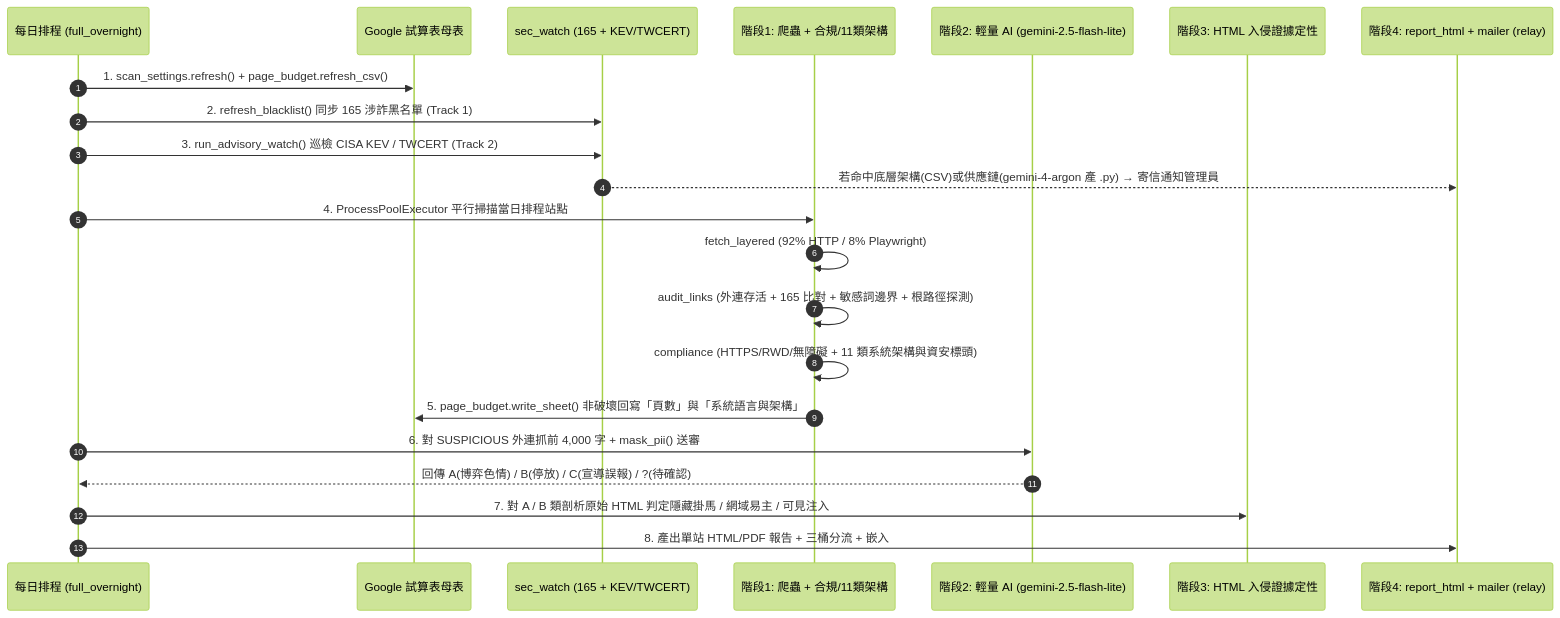
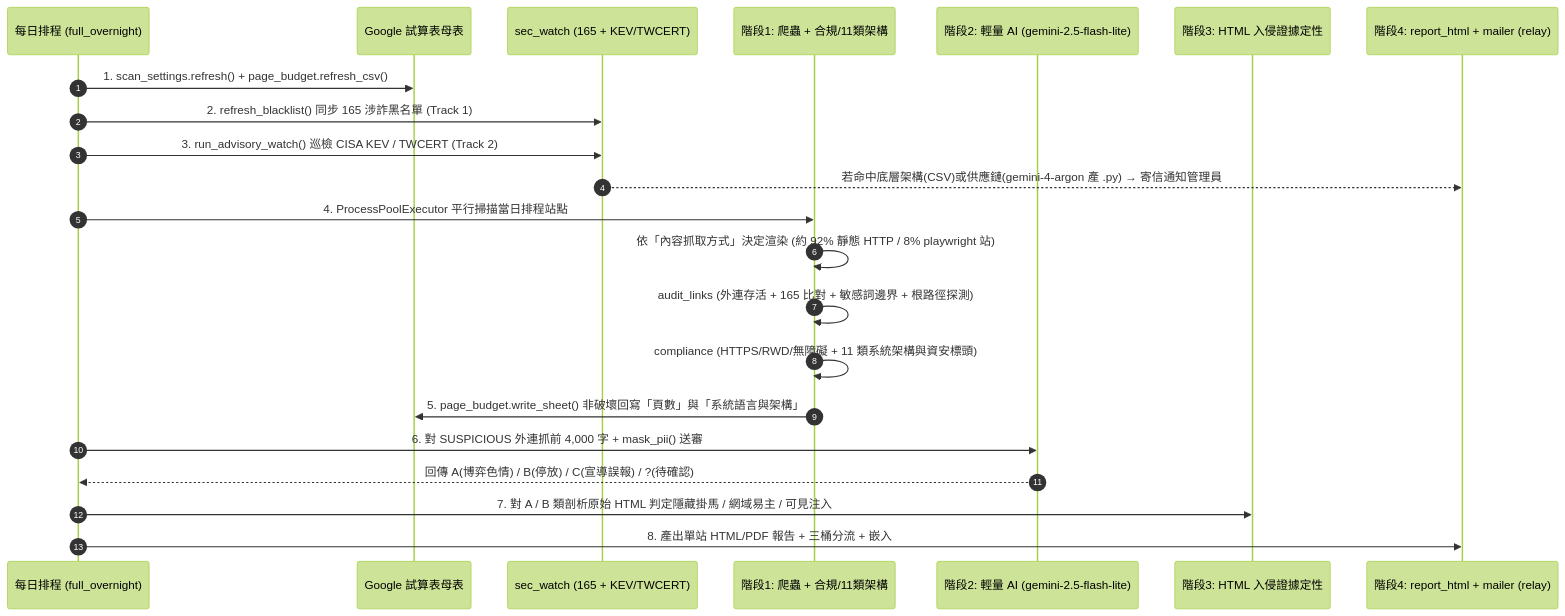
One commit to acebd12345/websitecheck changed the second of 2 diagrams in docs/ARCHITECTURE.md. Above: the diagram before and after it, drawn with Mermaid (forest theme). The commit also changed other lines of this file and 1 other file, not shown here.

Commit message:
docs: correct architecture diagram - rendering decided by sheet fetch method, deep_check only for compliance sites

````diff
--- a/docs/ARCHITECTURE.md
+++ b/docs/ARCHITECTURE.md
@@ -172,27 +170,27 @@
 ```mermaid
 sequenceDiagram
     autonumber
     participant Cron as 每日排程 (full_overnight)
     participant Sheet as Google 試算表母表
     participant SW as sec_watch (165 + KEV/TWCERT)
     participant S1 as 階段1: 爬蟲 + 合規/11類架構
     participant AI_Lite as 階段2: 輕量 AI (gemini-2.5-flash-lite)
     participant S3 as 階段3: HTML 入侵證據定性
     participant Mail as 階段4: report_html + mailer (relay)
 
     Cron->>Sheet: 1. scan_settings.refresh() + page_budget.refresh_csv()
     Cron->>SW: 2. refresh_blacklist() 同步 165 涉詐黑名單 (Track 1)
     Cron->>SW: 3. run_advisory_watch() 巡檢 CISA KEV / TWCERT (Track 2)
     SW-->>Mail: 若命中底層架構(CSV)或供應鏈(gemini-4-argon 產 .py) → 寄信通知管理員
 
     Cron->>S1: 4. ProcessPoolExecutor 平行掃描當日排程站點
-    S1->>S1: fetch_layered (92% HTTP / 8% Playwright)
+    S1->>S1: 依「內容抓取方式」決定渲染 (約 92% 靜態 HTTP / 8% playwright 站)
     S1->>S1: audit_links (外連存活 + 165 比對 + 敏感詞邊界 + 根路徑探測)
     S1->>S1: compliance (HTTPS/RWD/無障礙 + 11 類系統架構與資安標頭)
     S1->>Sheet: 5. page_budget.write_sheet() 非破壞回寫「頁數」與「系統語言與架構」
 
     Cron->>AI_Lite: 6. 對 SUSPICIOUS 外連抓前 4,000 字 + mask_pii() 送審
     AI_Lite-->>Cron: 回傳 A(博弈色情) / B(停放) / C(宣導誤報) / ?(待確認)
     Cron->>S3: 7. 對 A / B 類剖析原始 HTML 判定隱藏掛馬 / 網域易主 / 可見注入
     Cron->>Mail: 8. 產出單站 HTML/PDF 報告 + 三桶分流 + 嵌入 #pin= 寄送各局處承辦
 ```
````
